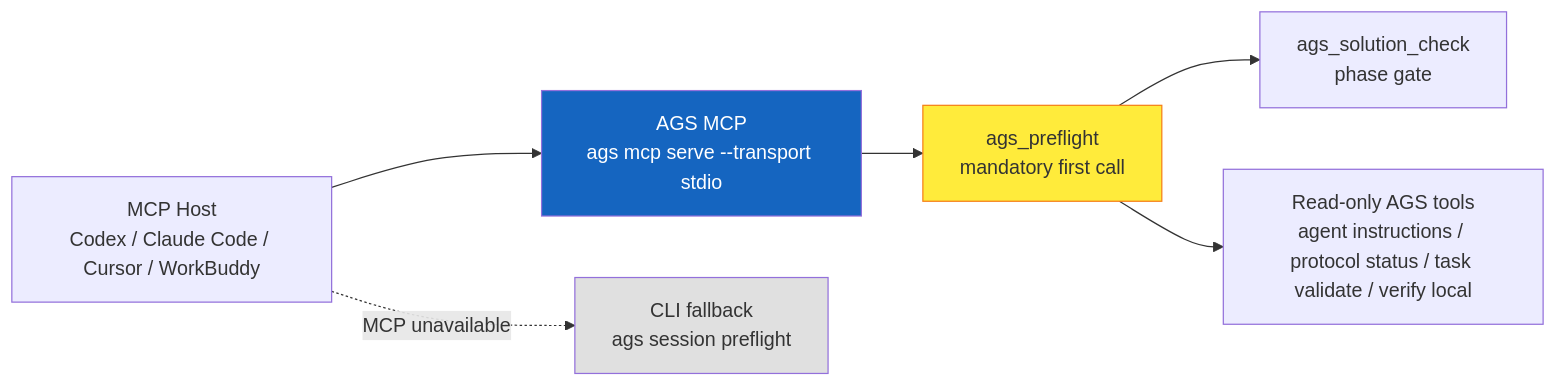
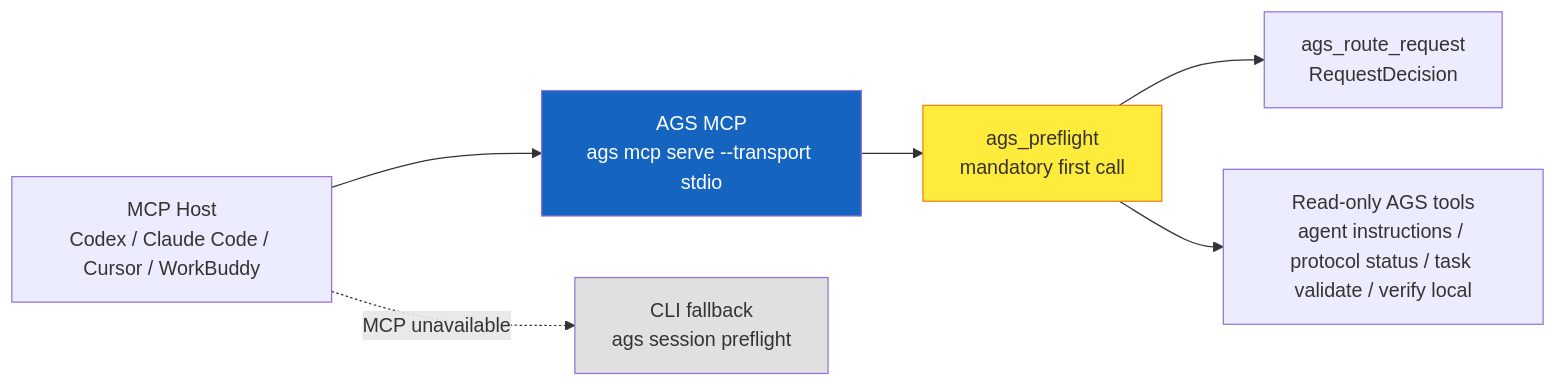
Before and after one commit to FernandeZ-hjm/Agent-General-Staff: the third of 5 diagrams in docs/architecture.md, drawn with Mermaid. The commit also changed other lines of this file and 76 other files, not shown here.

Commit message:
feat: publish AGS 0.2.8 request routing

````diff
--- a/docs/architecture.md
+++ b/docs/architecture.md
@@ -143,19 +144,19 @@
 ```mermaid
 flowchart LR
     HOST[MCP Host<br/>Codex / Claude Code / Cursor / WorkBuddy]
     AGSMCP[AGS MCP<br/>ags mcp serve --transport stdio]
     PREFLIGHT[ags_preflight<br/>mandatory first call]
-    PHASE[ags_solution_check<br/>phase gate]
+    ROUTE[ags_route_request<br/>RequestDecision]
     TOOLS[Read-only AGS tools<br/>agent instructions / protocol status / task validate / verify local]
     CLI[CLI fallback<br/>ags session preflight]
 
     HOST --> AGSMCP
     AGSMCP --> PREFLIGHT
-    PREFLIGHT --> PHASE
+    PREFLIGHT --> ROUTE
     PREFLIGHT --> TOOLS
     HOST -. MCP unavailable .-> CLI
 
     style AGSMCP fill:#1565c0,color:#fff
     style PREFLIGHT fill:#ffeb3b,stroke:#f57f17
     style CLI fill:#e0e0e0
 ```
````
